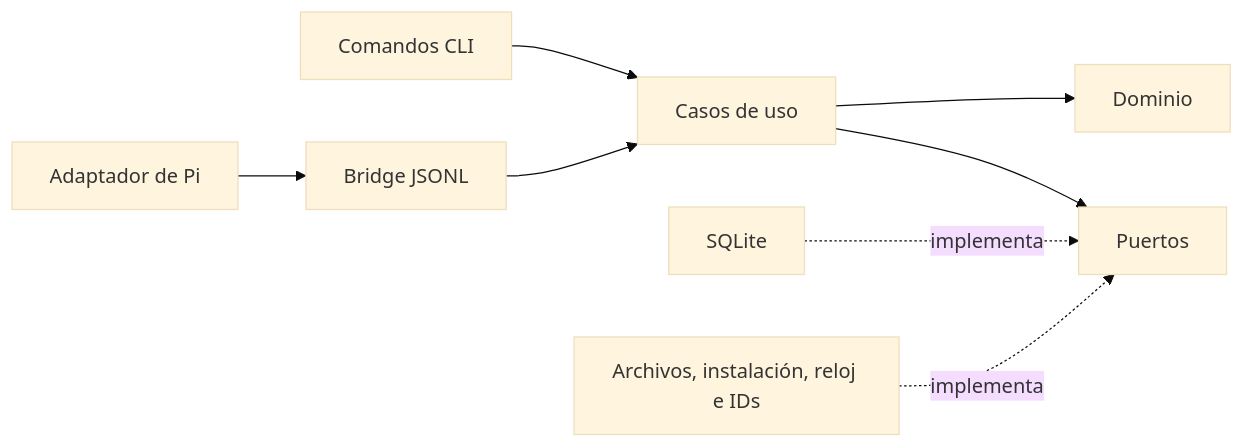
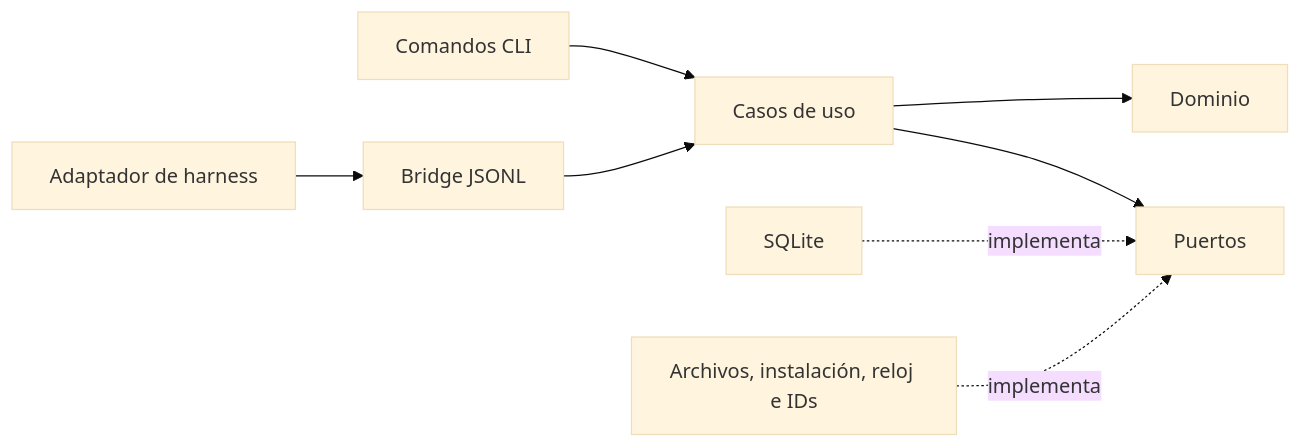
One commit to xpersh/xper changed the diagram in docs/architecture.md. Above: the diagram before and after it, drawn with Mermaid (base theme). The commit also changed other lines of this file and 9 other files, not shown here.

Commit message:
refactor: separate core and Pi architecture checks and docs

````diff
--- a/docs/architecture.md
+++ b/docs/architecture.md
@@ -7,10 +12,10 @@
 ```mermaid
 flowchart LR
-    Pi[Adaptador de Pi] --> Bridge[Bridge JSONL]
+    Adapter[Adaptador de harness] --> Bridge[Bridge JSONL]
     Terminal[Comandos CLI] --> Cases[Casos de uso]
     Bridge --> Cases
     Cases --> Domain[Dominio]
     Cases --> Ports[Puertos]
     SQLite[SQLite] -. implementa .-> Ports
     Local[Archivos, instalación, reloj e IDs] -. implementa .-> Ports
 ```
````
